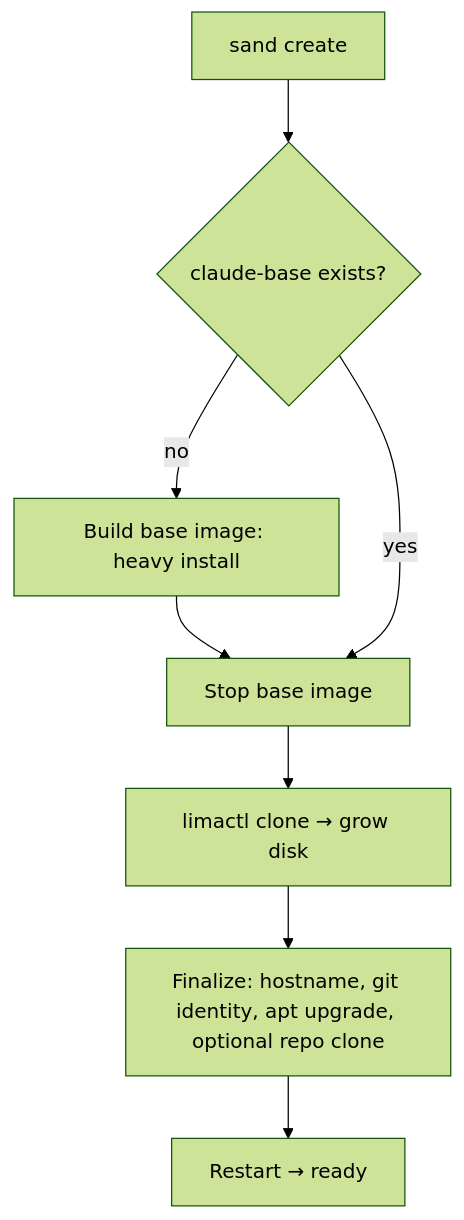
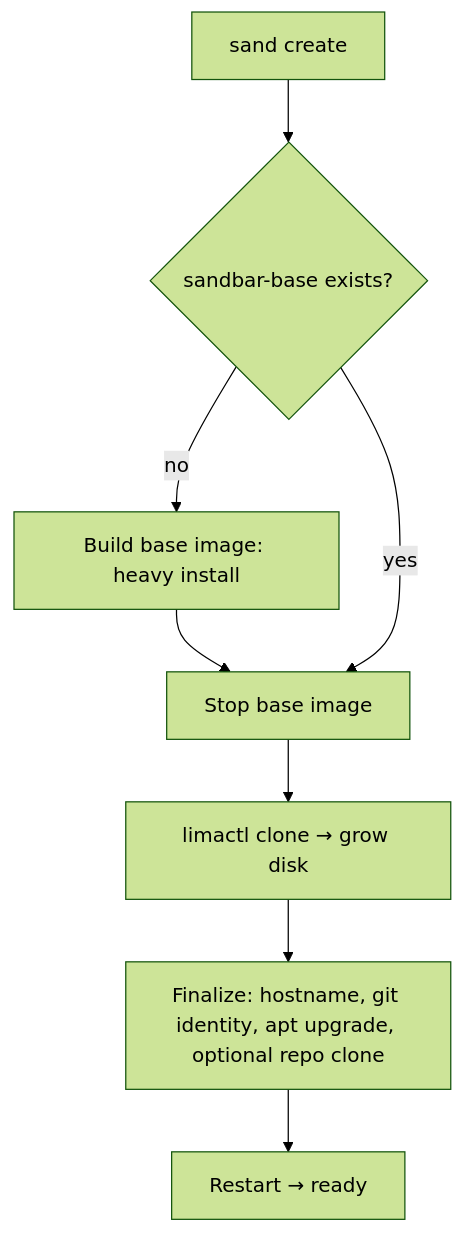
One commit to Lullabot/sandbar changed the diagram in docs/getting-started/how-it-works.md. Above: the diagram before and after it, drawn with Mermaid (forest theme). The commit also changed other lines of this file and 9 other files, not shown here.

````diff
--- a/docs/getting-started/how-it-works.md
+++ b/docs/getting-started/how-it-works.md
@@ -6,10 +6,10 @@
 ```mermaid
 graph TD
-    A[sand create] --> B{claude-base exists?}
+    A[sand create] --> B{sandbar-base exists?}
     B -- no --> C[Build base image: heavy install]
     C --> D[Stop base image]
     B -- yes --> D
     D --> E[limactl clone → grow disk]
     E --> F[Finalize: hostname, git identity, apt upgrade, optional repo clone]
     F --> G[Restart → ready]
 ```
````
